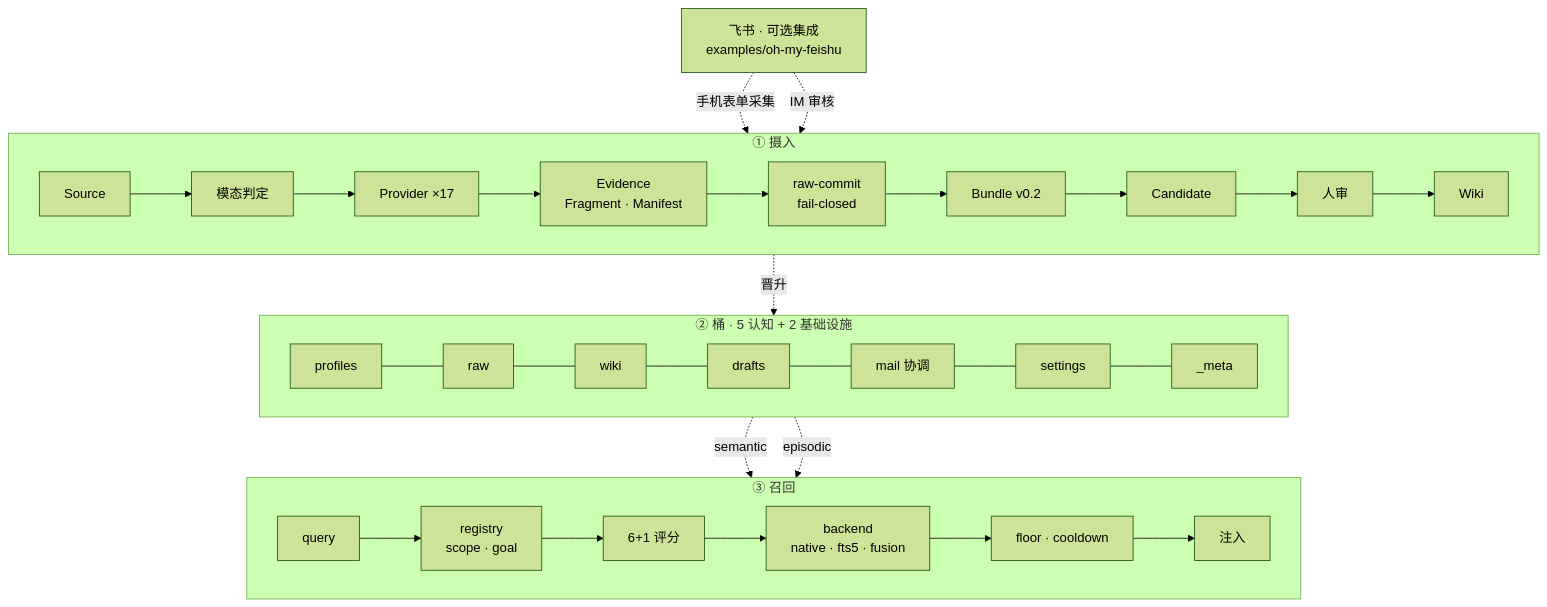
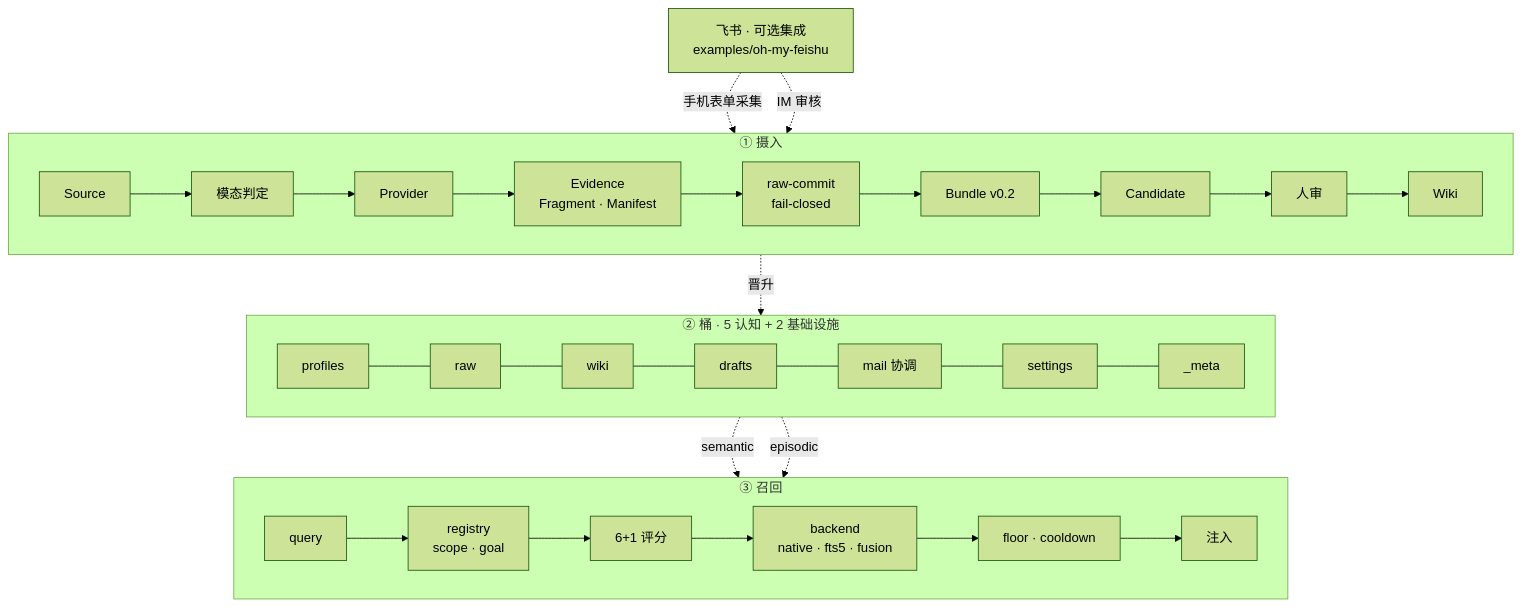
Before and after one commit to open-agent-power/open-knowledge-studio: the diagram in docs/concepts/architecture.md, drawn with Mermaid (forest theme).

Commit message:
docs: drop volatile provider count from architecture diagram

````diff
--- a/docs/concepts/architecture.md
+++ b/docs/concepts/architecture.md
@@ -11,24 +11,24 @@
 ```mermaid
 flowchart TD
     subgraph L1["① 摄入"]
         direction LR
-        A[Source] --> B[模态判定] --> C[Provider ×17] --> D[Evidence<br/>Fragment · Manifest] --> E[raw-commit<br/>fail-closed] --> F[Bundle v0.2] --> G[Candidate] --> H[人审] --> I[Wiki]
+        A[Source] --> B[模态判定] --> C[Provider] --> D[Evidence<br/>Fragment · Manifest] --> E[raw-commit<br/>fail-closed] --> F[Bundle v0.2] --> G[Candidate] --> H[人审] --> I[Wiki]
     end
 
     subgraph L2["② 桶 · 5 认知 + 2 基础设施"]
         direction LR
         J[profiles] --- K[raw] --- L[wiki] --- M[drafts] --- N[mail 协调] --- O[settings] --- P[_meta]
     end
 
     subgraph L3["③ 召回"]
         direction LR
         Q[query] --> R[registry<br/>scope · goal] --> S[6+1 评分] --> T[backend<br/>native · fts5 · fusion] --> U[floor · cooldown] --> V[注入]
     end
 
     I -.->|晋升| L
     L -.->|semantic| Q
     K -.->|episodic| Q
 
     FSH[飞书 · 可选集成<br/>examples/oh-my-feishu] -.->|手机表单采集| B
     FSH -.->|IM 审核| H
 ```
````
